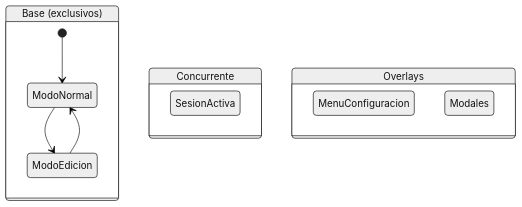
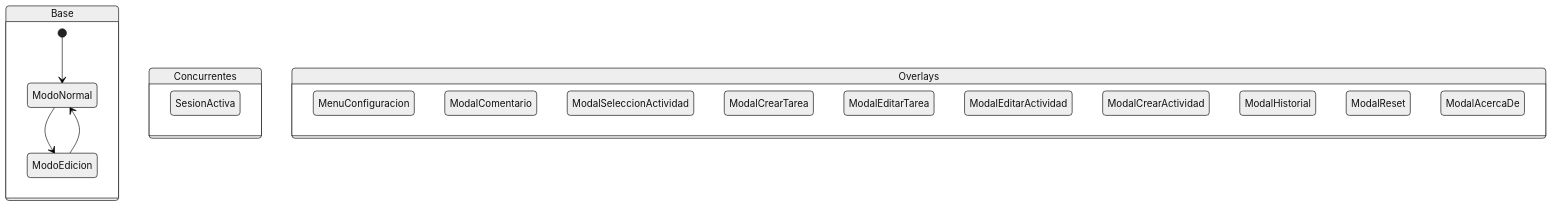
The diagram in docs/sistema/index.md (cepeche/Trenza-DSL), drawn with Mermaid (neutral theme) before and after one commit. The commit also changed other lines of this file and 16 other files, not shown here.

````diff
--- a/docs/sistema/index.md
+++ b/docs/sistema/index.md
@@ -12,15 +7,23 @@
 ```mermaid
 stateDiagram-v2
-    state "Base (exclusivos)" as BASE {
+    state "Base" as BASE {
         [*] --> ModoNormal
+        ModoEdicion --> ModoNormal
         ModoNormal --> ModoEdicion
-        ModoEdicion --> ModoNormal
     }
-    state "Concurrente" as CONC {
+    state "Concurrentes" as CONC {
         SesionActiva
     }
     state "Overlays" as OV {
         MenuConfiguracion
-        Modales
+        ModalComentario
+        ModalSeleccionActividad
+        ModalCrearTarea
+        ModalEditarTarea
+        ModalEditarActividad
+        ModalCrearActividad
+        ModalHistorial
+        ModalReset
+        ModalAcercaDe
     }
 ```
````
